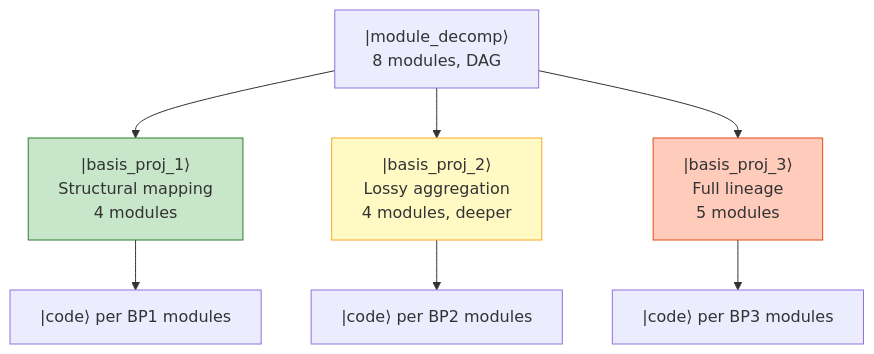
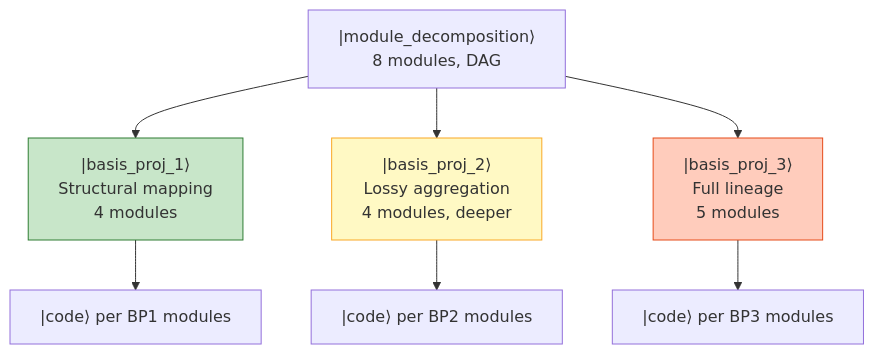
Before and after one commit to foolishimp/ai_sdlc_method: the sixth of 8 diagrams in specification/core/AI_SDLC_ASSET_GRAPH_MODEL.md, drawn with Mermaid. The commit also changed other lines of this file and 48 other files, not shown here.

````diff
--- a/specification/core/AI_SDLC_ASSET_GRAPH_MODEL.md
+++ b/specification/core/AI_SDLC_ASSET_GRAPH_MODEL.md
@@ -905,14 +905,14 @@
 ```mermaid
 graph TD
-    MD["|module_decomp⟩\n8 modules, DAG"] --> BP1["|basis_proj_1⟩\nStructural mapping\n4 modules"]
+    MD["|module_decomposition⟩\n8 modules, DAG"] --> BP1["|basis_proj_1⟩\nStructural mapping\n4 modules"]
     MD --> BP2["|basis_proj_2⟩\nLossy aggregation\n4 modules, deeper"]
     MD --> BP3["|basis_proj_3⟩\nFull lineage\n5 modules"]
 
     BP1 --> C1["|code⟩ per BP1 modules"]
     BP2 --> C2["|code⟩ per BP2 modules"]
     BP3 --> C3["|code⟩ per BP3 modules"]
 
     style BP1 fill:#c8e6c9,stroke:#2e7d32
     style BP2 fill:#fff9c4,stroke:#f9a825
     style BP3 fill:#ffccbc,stroke:#e64a19
 ```
````
